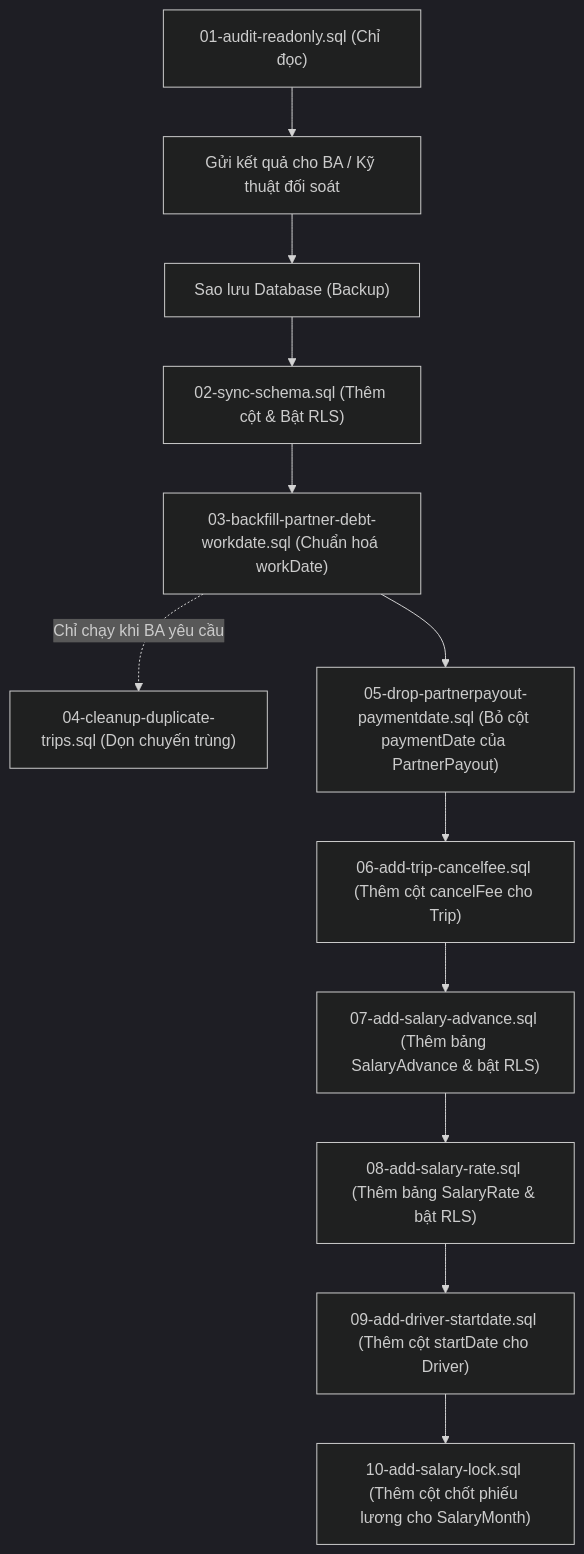
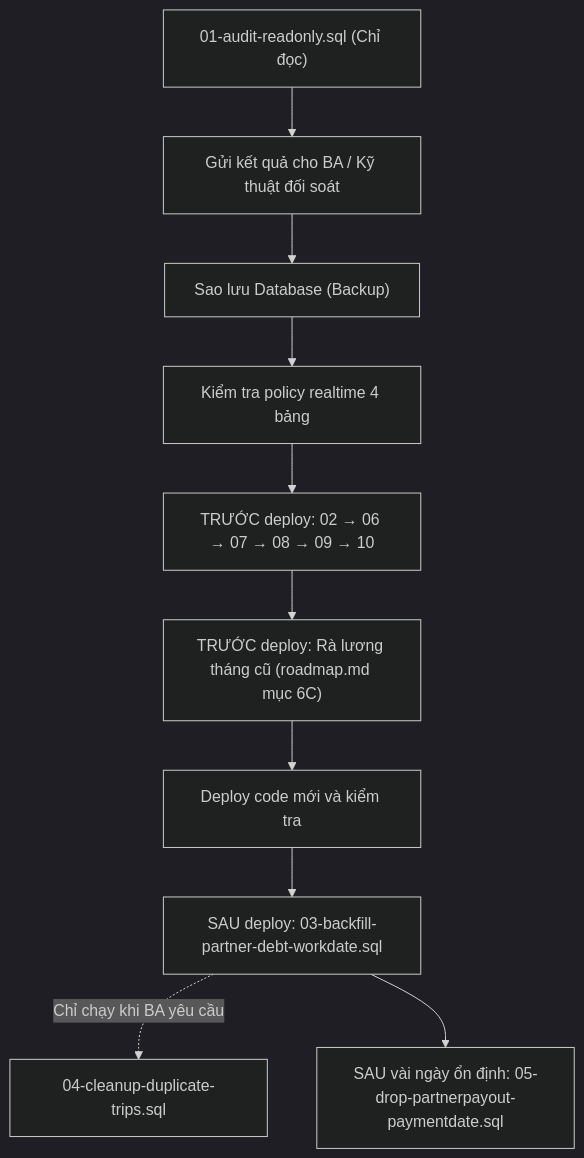
The diagram in web/supabase/scripts/README.md (xuanthai-work/CarMS), drawn with Mermaid (dark theme) before and after one commit. The commit also changed other lines of this file and 9 other files, not shown here.

````diff
--- a/web/supabase/scripts/README.md
+++ b/web/supabase/scripts/README.md
@@ -15,14 +17,12 @@
 ```mermaid
 flowchart TD
     A["01-audit-readonly.sql (Chỉ đọc)"] --> B["Gửi kết quả cho BA / Kỹ thuật đối soát"]
     B --> C["Sao lưu Database (Backup)"]
-    C --> D["02-sync-schema.sql (Thêm cột & Bật RLS)"]
-    D --> E["03-backfill-partner-debt-workdate.sql (Chuẩn hoá workDate)"]
-    E -.->|Chỉ chạy khi BA yêu cầu| F["04-cleanup-duplicate-trips.sql (Dọn chuyến trùng)"]
-    E --> G["05-drop-partnerpayout-paymentdate.sql (Bỏ cột paymentDate của PartnerPayout)"]
-    G --> H["06-add-trip-cancelfee.sql (Thêm cột cancelFee cho Trip)"]
-    H --> I["07-add-salary-advance.sql (Thêm bảng SalaryAdvance & bật RLS)"]
-    I --> J["08-add-salary-rate.sql (Thêm bảng SalaryRate & bật RLS)"]
-    J --> K["09-add-driver-startdate.sql (Thêm cột startDate cho Driver)"]
-    K --> L["10-add-salary-lock.sql (Thêm cột chốt phiếu lương cho SalaryMonth)"]
+    C --> D["Kiểm tra policy realtime 4 bảng"]
+    D --> E["TRƯỚC deploy: 02 → 06 → 07 → 08 → 09 → 10"]
+    E --> F["TRƯỚC deploy: Rà lương tháng cũ (roadmap.md mục 6C)"]
+    F --> G["Deploy code mới và kiểm tra"]
+    G --> H["SAU deploy: 03-backfill-partner-debt-workdate.sql"]
+    H -.->|Chỉ chạy khi BA yêu cầu| I["04-cleanup-duplicate-trips.sql"]
+    H --> J["SAU vài ngày ổn định: 05-drop-partnerpayout-paymentdate.sql"]
 ```
````
